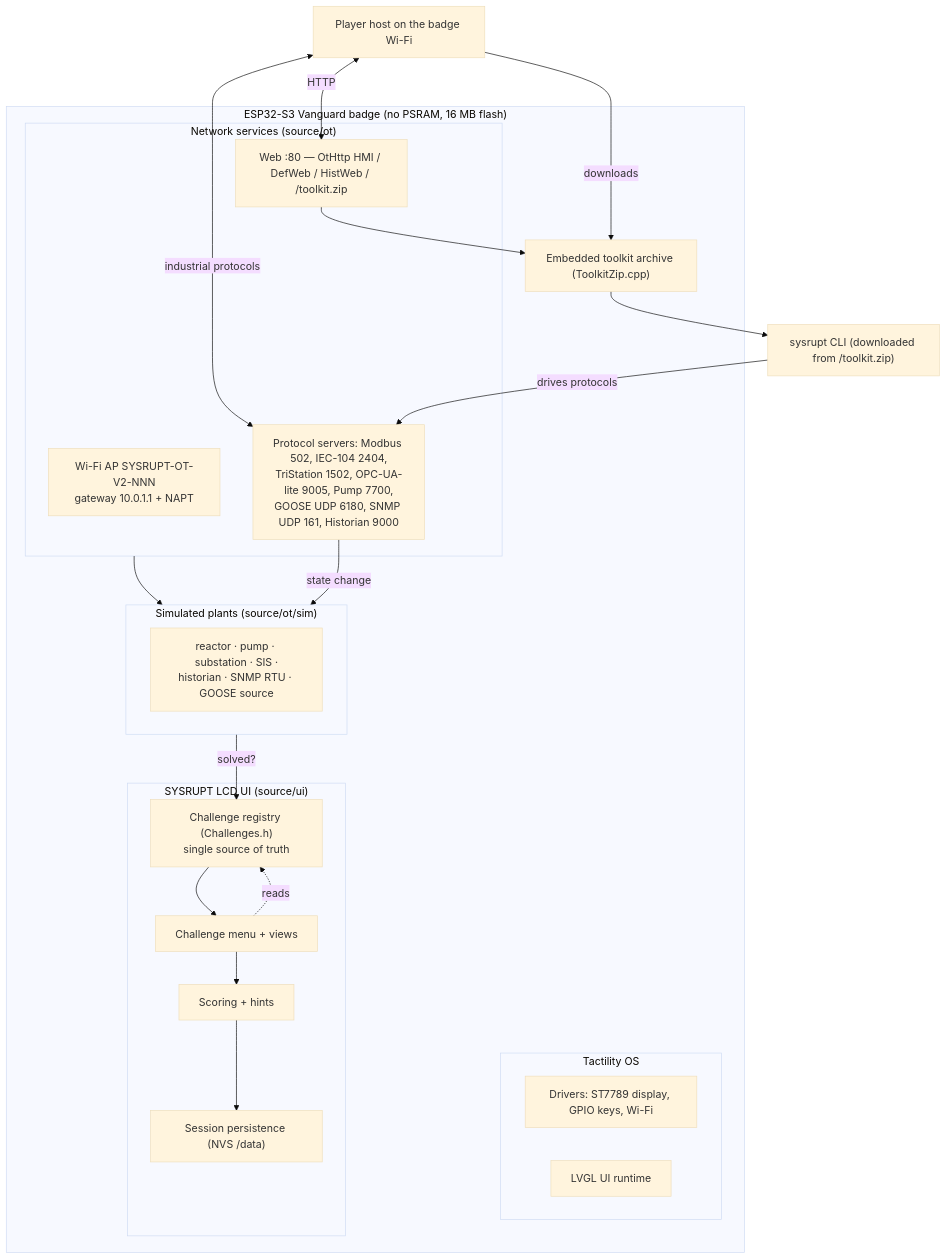
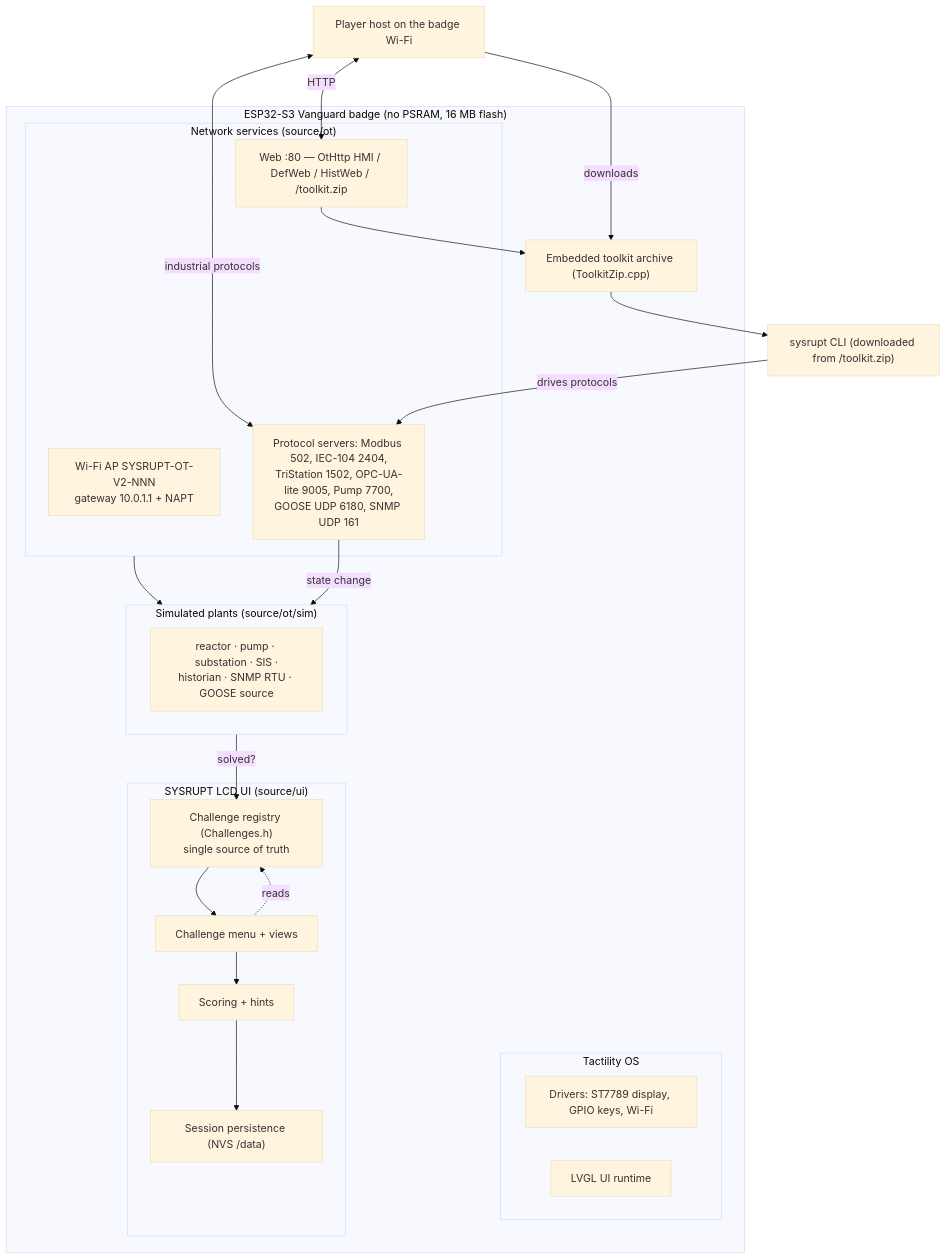
Before and after one commit to Alwin111/Sysrupt-Portable-OT-Range-V2: the diagram in Devices/vanguard/docs/ARCHITECTURE.md, drawn with Mermaid (base theme). The commit also changed 39 other files, not shown here.

````diff
--- a/Devices/vanguard/docs/ARCHITECTURE.md
+++ b/Devices/vanguard/docs/ARCHITECTURE.md
@@ -14,37 +14,37 @@
 ```mermaid
 flowchart TB
     subgraph Badge["ESP32-S3 Vanguard badge (no PSRAM, 16 MB flash)"]
         subgraph TactOS["Tactility OS"]
             DRV["Drivers: ST7789 display, GPIO keys, Wi-Fi"]
             LVGL["LVGL UI runtime"]
         end
         subgraph UI["SYSRUPT LCD UI (source/ui)"]
             REG["Challenge registry (Challenges.h)<br/>single source of truth"]
             MENU["Challenge menu + views"]
             SCORE["Scoring + hints"]
             NVS["Session persistence (NVS /data)"]
         end
         subgraph NET["Network services (source/ot)"]
             AP["Wi-Fi AP SYSRUPT-OT-V2-NNN<br/>gateway 10.0.1.1 + NAPT"]
             WEB["Web :80 — OtHttp HMI / DefWeb / HistWeb / /toolkit.zip"]
-            PROTO["Protocol servers: Modbus 502, IEC-104 2404,<br/>TriStation 1502, OPC-UA-lite 9005, Pump 7700,<br/>GOOSE UDP 6180, SNMP UDP 161, Historian 9000"]
+            PROTO["Protocol servers: Modbus 502, IEC-104 2404,<br/>TriStation 1502, OPC-UA-lite 9005, Pump 7700,<br/>GOOSE UDP 6180, SNMP UDP 161"]
         end
         subgraph SIM["Simulated plants (source/ot/sim)"]
             PLANTS["reactor · pump · substation · SIS ·<br/>historian · SNMP RTU · GOOSE source"]
         end
         ZIP["Embedded toolkit archive (ToolkitZip.cpp)"]
     end
 
     PLAYER["Player host on the badge Wi-Fi"]
     CLI["sysrupt CLI (downloaded from /toolkit.zip)"]
 
     REG --> MENU --> SCORE --> NVS
     MENU -.reads.-> REG
     NET --> SIM
     WEB --> ZIP
     PLAYER <-->|"industrial protocols"| PROTO
     PLAYER <-->|"HTTP"| WEB
     PLAYER -->|downloads| ZIP --> CLI
     CLI -->|"drives protocols"| PROTO
     PROTO -->|"state change"| SIM -->|"solved?"| REG
 ```
````
